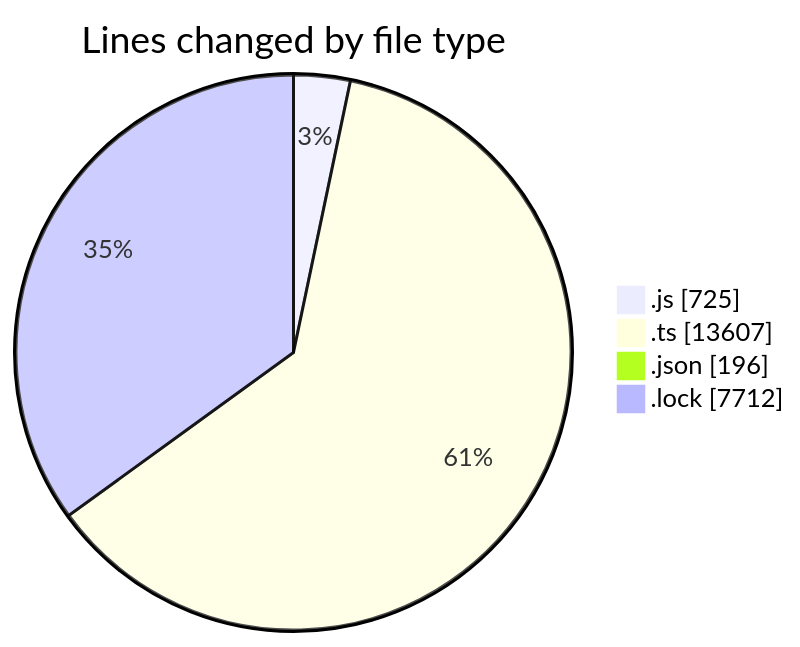
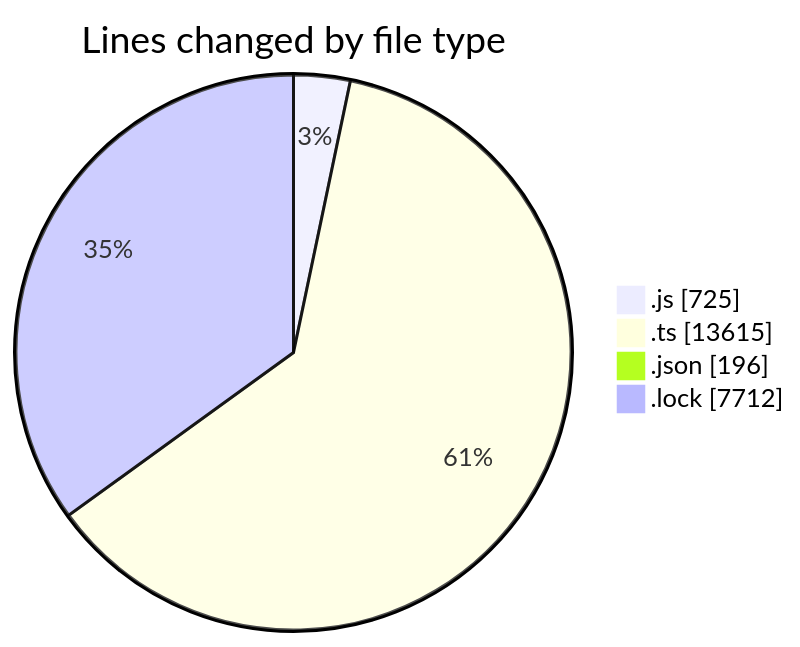
One commit to momahboobian/code-tracking changed the first of 2 diagrams in 2025-05-29/cda/README.md. Above: the diagram before and after it, drawn with Mermaid. The commit also changed other lines of this file and 1 other file, not shown here.

````diff
--- a/2025-05-29/cda/README.md
+++ b/2025-05-29/cda/README.md
@@ -36,8 +36,8 @@
 ```mermaid
 pie showData
 title Lines changed by file type
 ".js" : 725
-".ts" : 13607
+".ts" : 13615
 ".json" : 196
 ".lock" : 7712
 ```
````
